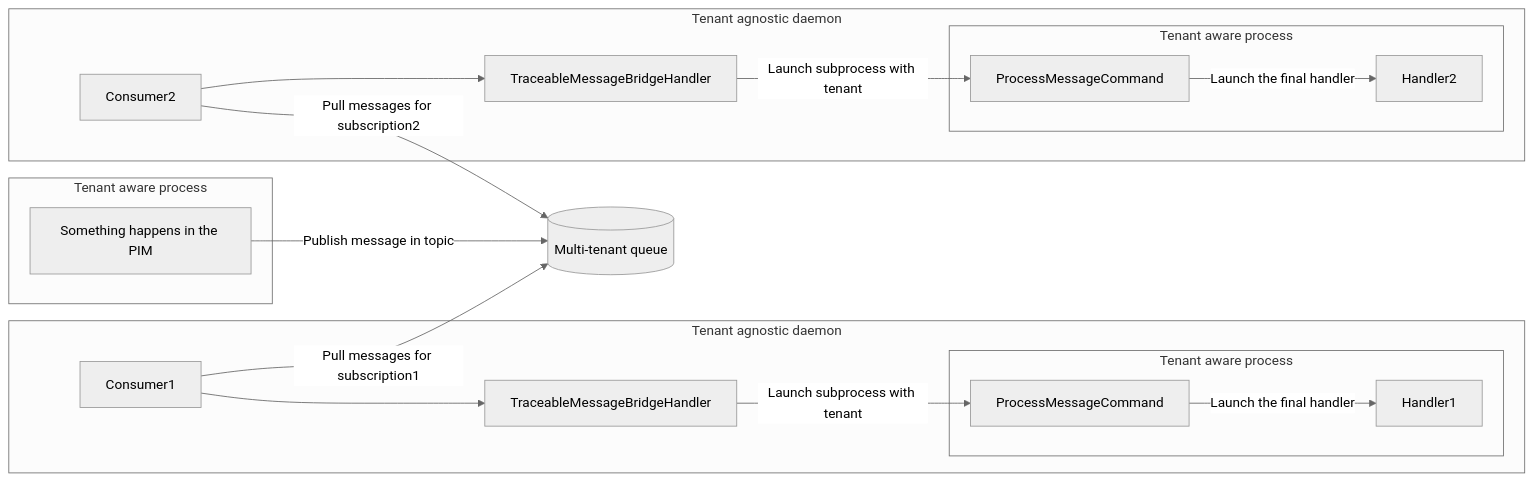
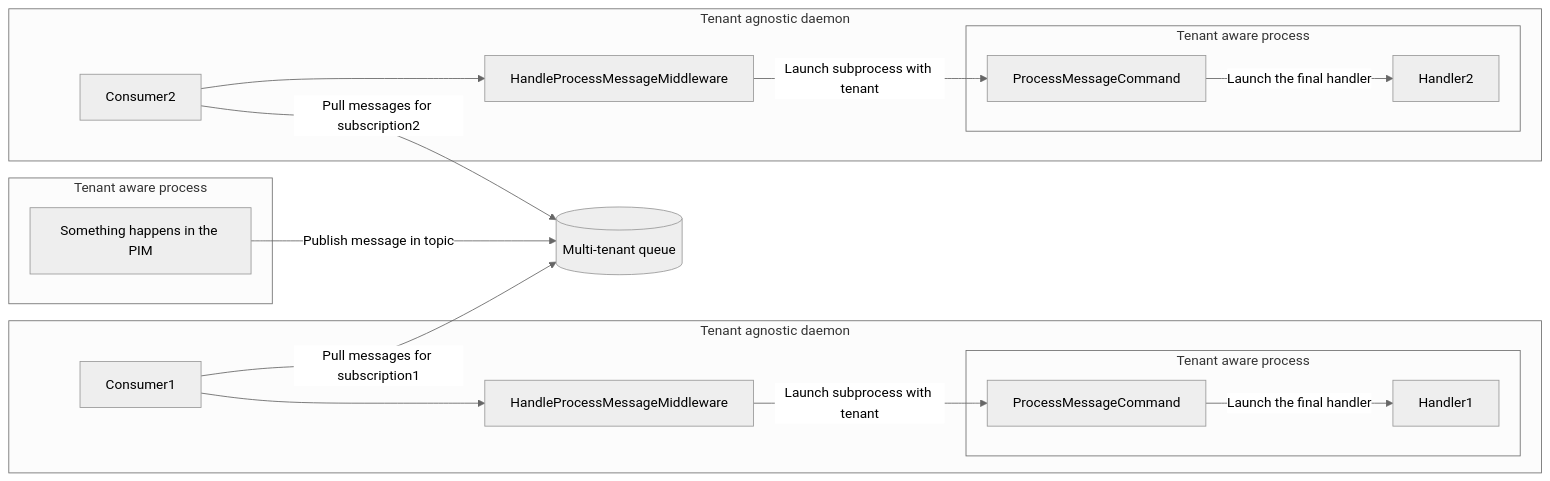
The diagram in src/Akeneo/Tool/Bundle/MessengerBundle/README.md (akeneo/pim-community-dev), drawn with Mermaid (neutral theme) before and after one commit. The commit also changed other lines of this file and 42 other files, not shown here.

````diff
--- a/src/Akeneo/Tool/Bundle/MessengerBundle/README.md
+++ b/src/Akeneo/Tool/Bundle/MessengerBundle/README.md
@@ -120,23 +120,23 @@
 ```mermaid
 flowchart LR
     subgraph Tenant aware process
         action[Something happens in the PIM]
     end
     action -- Publish message in topic --> queue[(Multi-tenant queue)]
     Consumer1 -- Pull messages for subscription1 --> queue
     subgraph Tenant agnostic daemon
-        Consumer1 --> traceableHandler1[TraceableMessageBridgeHandler]
-        traceableHandler1 -- Launch subprocess with tenant --> pmc1[ProcessMessageCommand]
+        Consumer1 --> Middleware1[HandleProcessMessageMiddleware]
+        Middleware1 -- Launch subprocess with tenant --> pmc1[ProcessMessageCommand]
         subgraph Tenant aware process
             pmc1 -- Launch the final handler --> Handler1
         end
     end
     Consumer2 -- Pull messages for subscription2 --> queue
     subgraph Tenant agnostic daemon
-        Consumer2 --> traceableHandler2[TraceableMessageBridgeHandler]
-        traceableHandler2 -- Launch subprocess with tenant --> pmc2[ProcessMessageCommand]
+        Consumer2 --> Middleware2[HandleProcessMessageMiddleware]
+        Middleware2 -- Launch subprocess with tenant --> pmc2[ProcessMessageCommand]
         subgraph Tenant aware process
             pmc2 -- Launch the final handler --> Handler2
         end
     end
 ```
````
